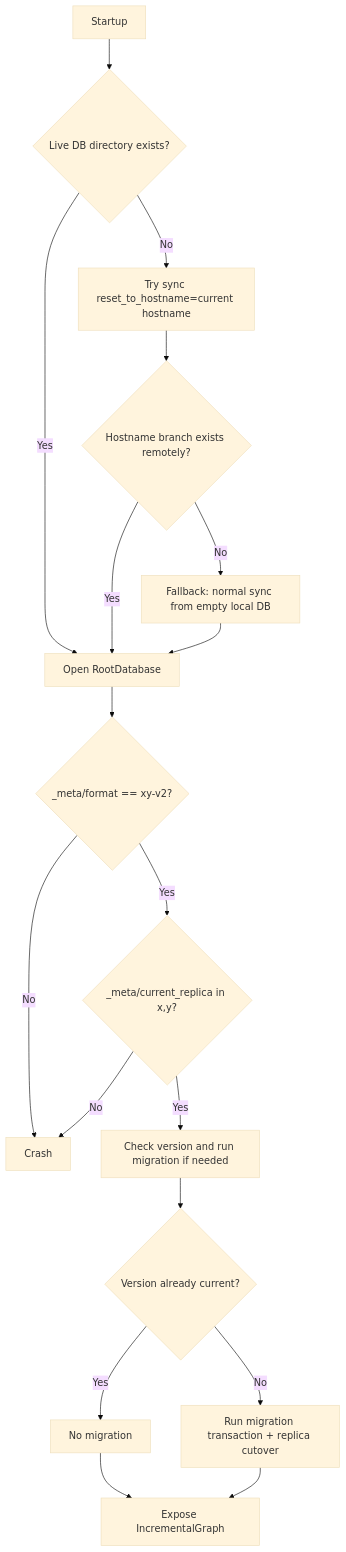
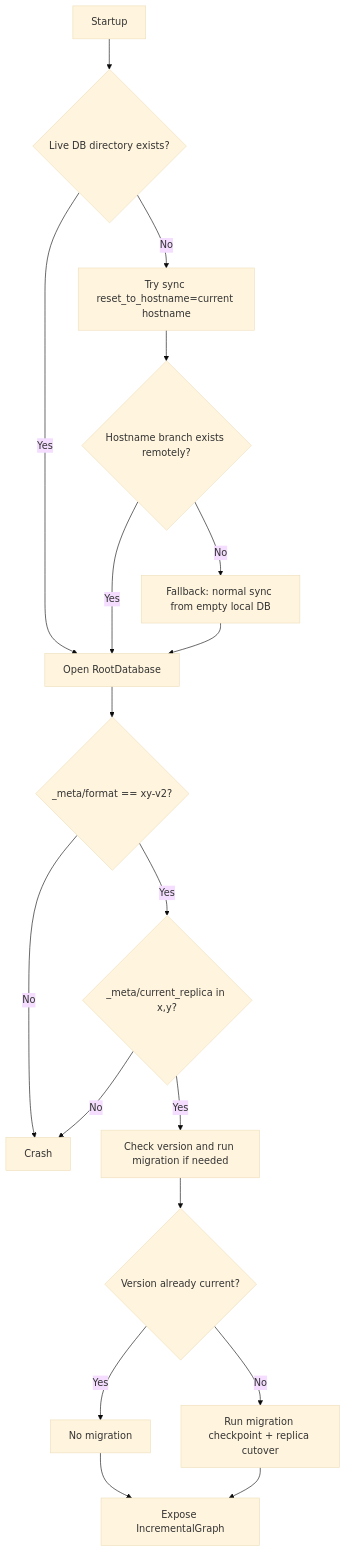
One commit to ottojung/volodyslav changed the diagram in docs/database-boot-sequence.md. Above: the diagram before and after it, drawn with Mermaid (base theme). The commit also changed other lines of this file and 5 other files, not shown here.

First line of the commit message:
Address reviewer feedback: rename mock alias, fix test title, update docs/database.md and docs/database-boot-sequence.md

````diff
--- a/docs/database-boot-sequence.md
+++ b/docs/database-boot-sequence.md
@@ -87,23 +87,23 @@
 ```mermaid
 flowchart TD
     A[Startup] --> B{Live DB directory exists?}
     B -->|Yes| C[Open RootDatabase]
     B -->|No| D[Try sync reset_to_hostname=current hostname]
     D --> E{Hostname branch exists remotely?}
     E -->|Yes| C
     E -->|No| F[Fallback: normal sync from empty local DB]
     F --> C
 
     C --> G{_meta/format == xy-v2?}
     G -->|No| X[Crash]
     G -->|Yes| H{_meta/current_replica in x,y?}
     H -->|No| X
     H -->|Yes| I[Check version and run migration if needed]
 
     I --> J{Version already current?}
     J -->|Yes| K[No migration]
-    J -->|No| L[Run migration transaction + replica cutover]
+    J -->|No| L[Run migration checkpoint + replica cutover]
 
     K --> M[Expose IncrementalGraph]
     L --> M
 ```
````
